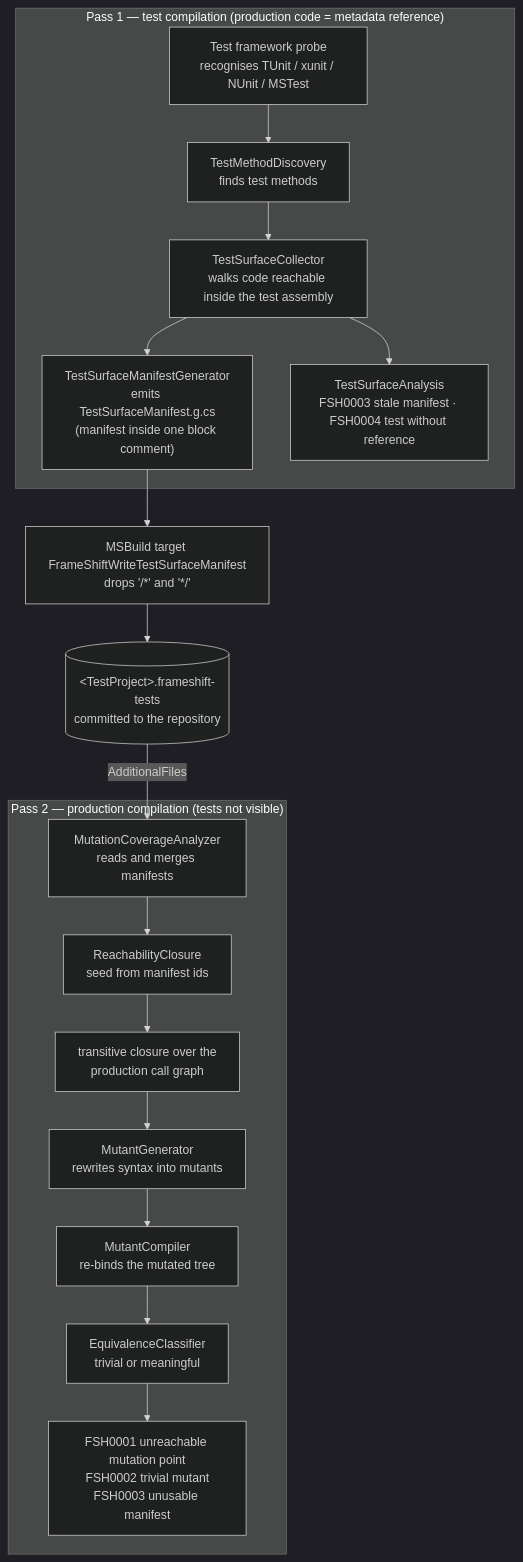
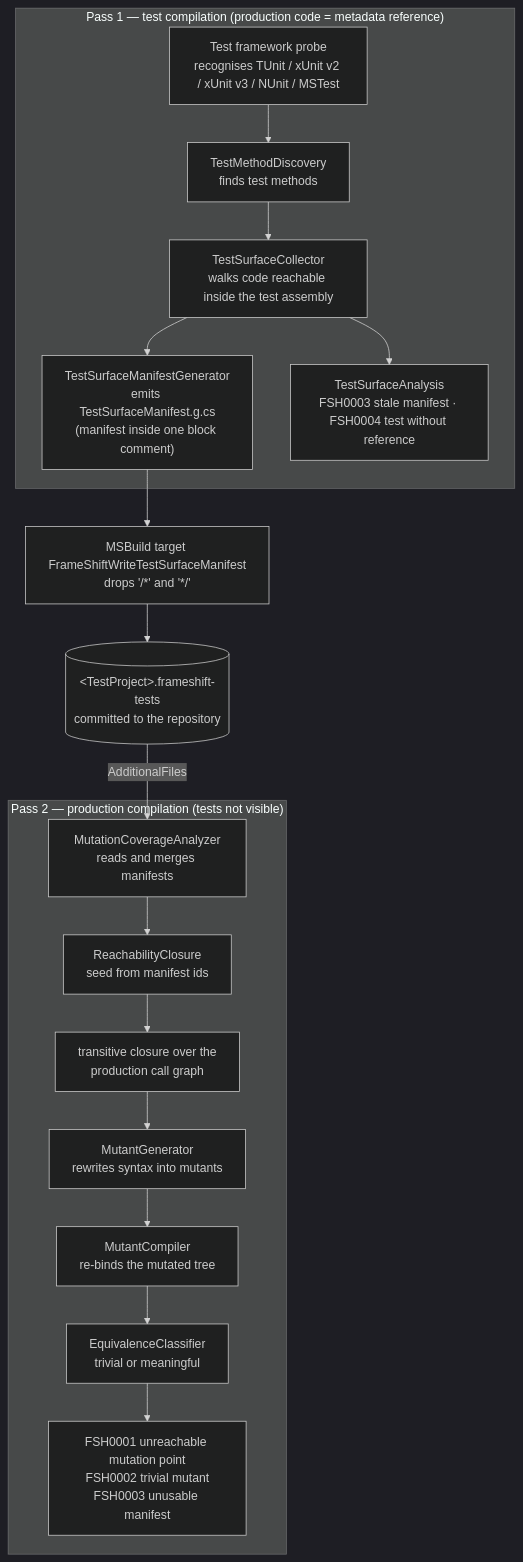
The diagram in decisions/2026-07-31-two-pass-mutation-analysis.md (dailydevops/frameshift), drawn with Mermaid (dark theme) before and after one commit. The commit also changed other lines of this file and 30 other files, not shown here.

````diff
--- a/decisions/2026-07-31-two-pass-mutation-analysis.md
+++ b/decisions/2026-07-31-two-pass-mutation-analysis.md
@@ -163,22 +164,22 @@
 ```mermaid
 flowchart TD
     subgraph pass1["Pass 1 — test compilation (production code = metadata reference)"]
-        A["Test framework probe<br/>recognises TUnit / xunit / NUnit / MSTest"] --> B["TestMethodDiscovery<br/>finds test methods"]
+        A["Test framework probe<br/>recognises TUnit / xUnit v2 / xUnit v3 / NUnit / MSTest"] --> B["TestMethodDiscovery<br/>finds test methods"]
         B --> C["TestSurfaceCollector<br/>walks code reachable inside the test assembly"]
         C --> D["TestSurfaceManifestGenerator<br/>emits TestSurfaceManifest.g.cs<br/>(manifest inside one block comment)"]
         C --> E["TestSurfaceAnalysis<br/>FSH0003 stale manifest · FSH0004 test without reference"]
     end
 
     D --> F["MSBuild target FrameShiftWriteTestSurfaceManifest<br/>drops '/*' and '*/'"]
     F --> G[("&lt;TestProject&gt;.frameshift-tests<br/>committed to the repository")]
     G -->|"AdditionalFiles"| H
 
     subgraph pass2["Pass 2 — production compilation (tests not visible)"]
         H["MutationCoverageAnalyzer<br/>reads and merges manifests"] --> I["ReachabilityClosure<br/>seed from manifest ids"]
         I --> J["transitive closure over the<br/>production call graph"]
         J --> K["MutantGenerator<br/>rewrites syntax into mutants"]
         K --> L["MutantCompiler<br/>re-binds the mutated tree"]
         L --> M["EquivalenceClassifier<br/>trivial or meaningful"]
         M --> N["FSH0001 unreachable mutation point<br/>FSH0002 trivial mutant<br/>FSH0003 unusable manifest"]
     end
 ```
````
